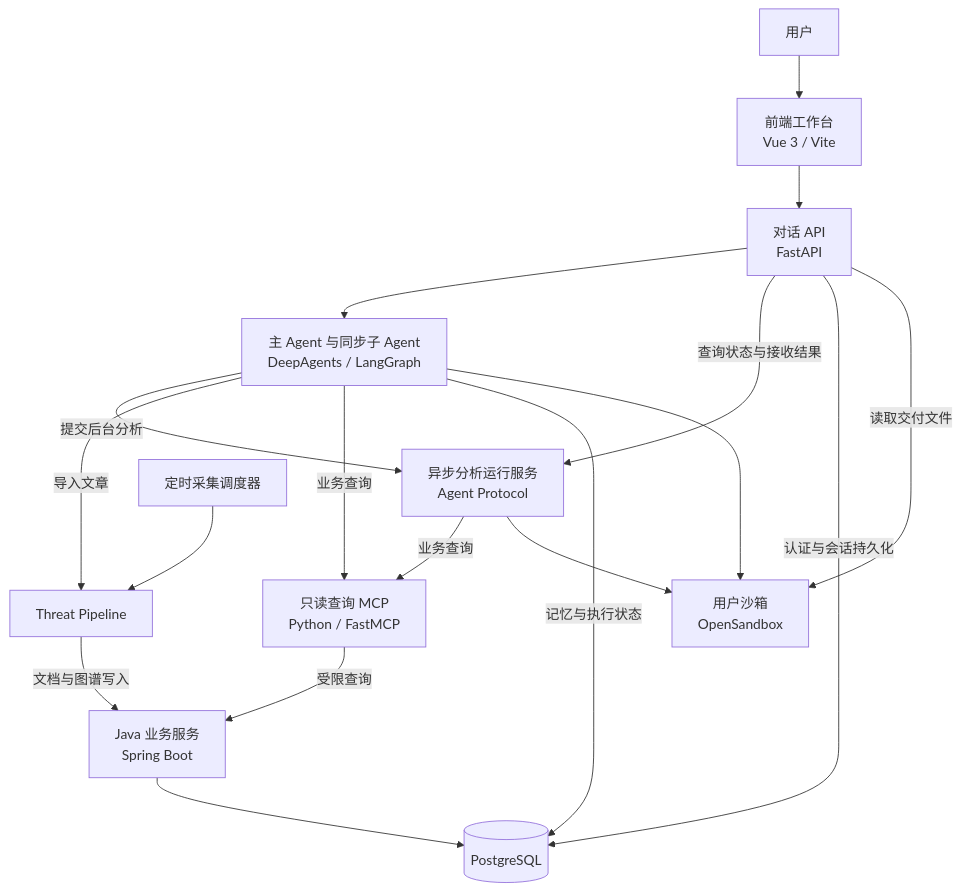
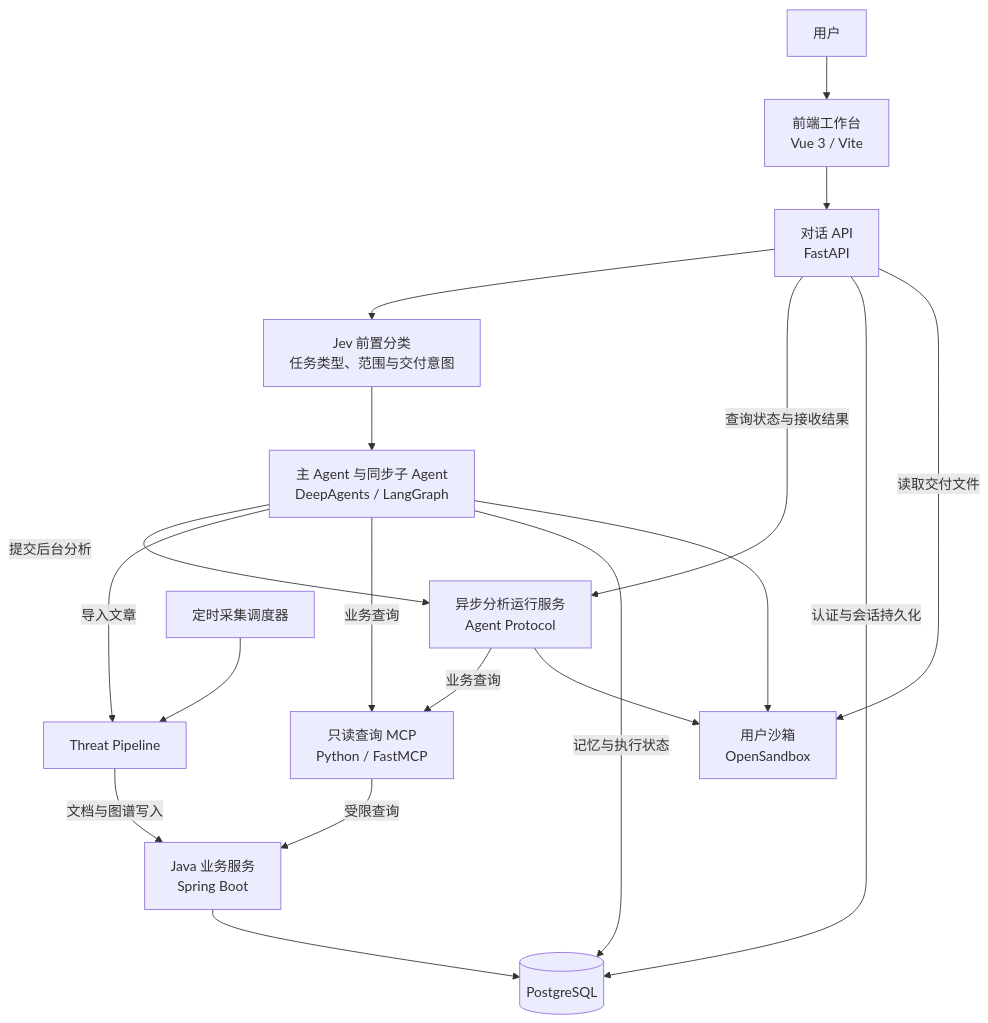
The first of 33 diagrams in doc/PROJECT_DOCUMENTATION.md (greenC2h/ThreatWeave), drawn with Mermaid before and after one commit. The commit also changed other lines of this file and 12 other files, not shown here.

````diff
--- a/doc/PROJECT_DOCUMENTATION.md
+++ b/doc/PROJECT_DOCUMENTATION.md
@@ -41,20 +41,21 @@
 ```mermaid
 flowchart TB
     USER["用户"] --> WEB["前端工作台<br/>Vue 3 / Vite"]
     WEB --> API["对话 API<br/>FastAPI"]
-    API --> AGENT["主 Agent 与同步子 Agent<br/>DeepAgents / LangGraph"]
+    API --> JEV["Jev 前置分类<br/>任务类型、范围与交付意图"]
+    JEV --> AGENT["主 Agent 与同步子 Agent<br/>DeepAgents / LangGraph"]
     AGENT -->|提交后台分析| ASYNC["异步分析运行服务<br/>Agent Protocol"]
     API -->|查询状态与接收结果| ASYNC
     AGENT -->|导入文章| PIPE["Threat Pipeline"]
     SCHED["定时采集调度器"] --> PIPE
     AGENT -->|业务查询| MCP["只读查询 MCP<br/>Python / FastMCP"]
     ASYNC -->|业务查询| MCP
     MCP -->|受限查询| JAVA["Java 业务服务<br/>Spring Boot"]
     PIPE -->|文档与图谱写入| JAVA
     JAVA --> DB[("PostgreSQL")]
     API -->|认证与会话持久化| DB
     AGENT -->|记忆与执行状态| DB
     AGENT --> SB["用户沙箱<br/>OpenSandbox"]
     ASYNC --> SB
     API -->|读取交付文件| SB
 ```
````
